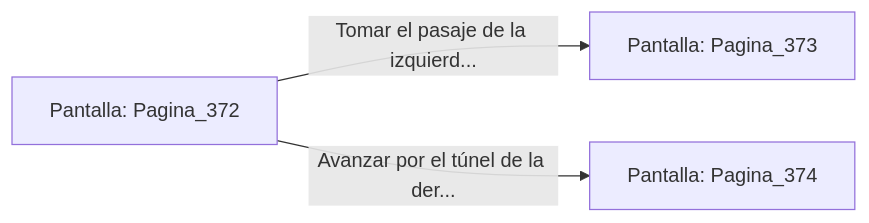
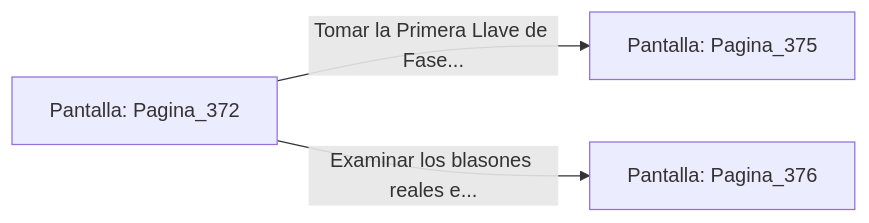
Before and after one commit to metsuke/mpl: the diagram in sample/eligejuego-vault/Pantalla_Pagina_372.md, drawn with Mermaid. The commit also changed other lines of this file and 635 other files, not shown here.

First line of the commit message:
fix: añadir Pagina_1 como pantalla inicial en capitulo_01.mpl

````diff
--- a/sample/eligejuego-vault/Pantalla_Pagina_372.md
+++ b/sample/eligejuego-vault/Pantalla_Pagina_372.md
@@ -20,6 +22,6 @@
 ```mermaid
 graph LR
     P_Pagina_372["Pantalla: Pagina_372"]
-    P_Pagina_372 -->|"Tomar el pasaje de la izquierd..."| P_Pagina_373["Pantalla: Pagina_373"]
-    P_Pagina_372 -->|"Avanzar por el túnel de la der..."| P_Pagina_374["Pantalla: Pagina_374"]
+    P_Pagina_372 -->|"Tomar la Primera Llave de Fase..."| P_Pagina_375["Pantalla: Pagina_375"]
+    P_Pagina_372 -->|"Examinar los blasones reales e..."| P_Pagina_376["Pantalla: Pagina_376"]
 ```
````
